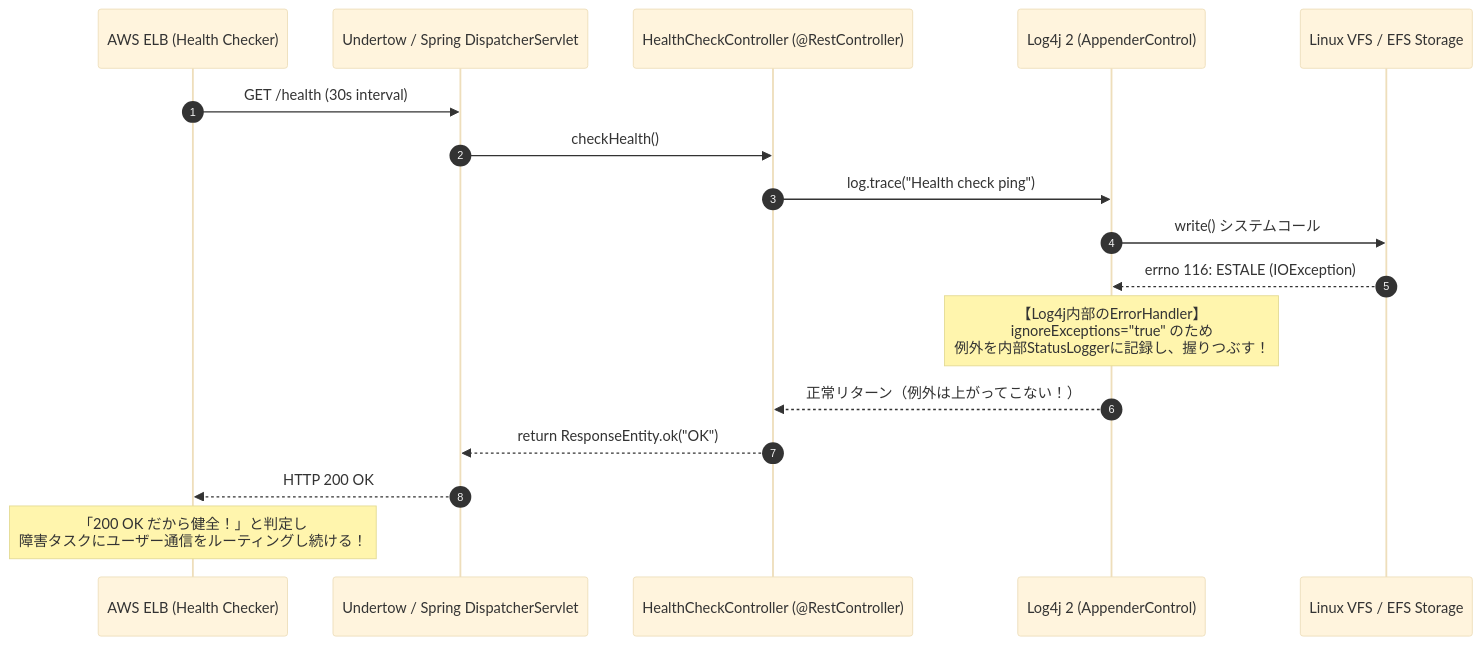
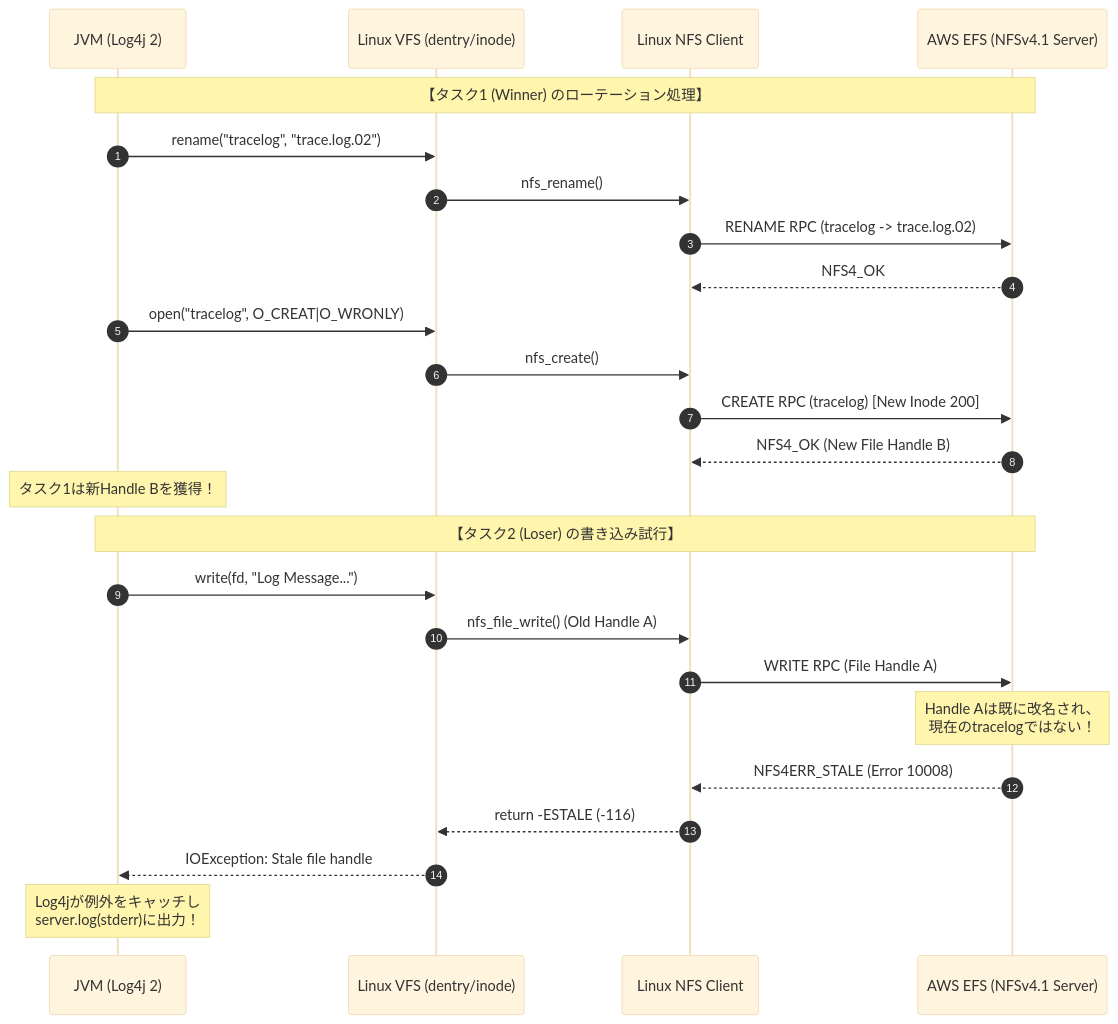
The first of 4 diagrams in EFS_Log_Stale_File_Handle_Comprehensive_Whitepaper.md (ProjectRubyRing/Log_Stale_Handle_Agy), drawn with Mermaid (base theme) before and after one commit. The commit also changed other lines of this file and 3 other files, not shown here.

````diff
--- a/EFS_Log_Stale_File_Handle_Comprehensive_Whitepaper.md
+++ b/EFS_Log_Stale_File_Handle_Comprehensive_Whitepaper.md
@@ -302,20 +257,29 @@
 ```mermaid
 sequenceDiagram
     autonumber
-    participant ELB as AWS ELB (Health Checker)
-    participant Tomcat as Undertow / Spring DispatcherServlet
-    participant Controller as HealthCheckController (@RestController)
-    participant Log4j as Log4j 2 (AppenderControl)
-    participant EFS as Linux VFS / EFS Storage
+    participant JVM as JVM (Log4j 2)
+    participant VFS as Linux VFS (dentry/inode)
+    participant NFS as Linux NFS Client
+    participant EFS as AWS EFS (NFSv4.1 Server)
 
-    ELB->>Tomcat: GET /health (30s interval)
-    Tomcat->>Controller: checkHealth()
-    Controller->>Log4j: log.trace("Health check ping")
-    Log4j->>EFS: write() システムコール
-    EFS-->>Log4j: errno 116: ESTALE (IOException)
-    Note over Log4j: 【Log4j内部のErrorHandler】<br/>ignoreExceptions="true" のため<br/>例外を内部StatusLoggerに記録し、握りつぶす！
-    Log4j-->>Controller: 正常リターン（例外は上がってこない！）
-    Controller-->>Tomcat: return ResponseEntity.ok("OK")
-    Tomcat-->>ELB: HTTP 200 OK
-    Note over ELB: 「200 OK だから健全！」と判定し<br/>障害タスクにユーザー通信をルーティングし続ける！
+    Note over JVM,EFS: 【タスク1 (Winner) のローテーション処理】
+    JVM->>VFS: rename("tracelog", "trace.log.02")
+    VFS->>NFS: nfs_rename()
+    NFS->>EFS: RENAME RPC (tracelog -> trace.log.02)
+    EFS-->>NFS: NFS4_OK
+    JVM->>VFS: open("tracelog", O_CREAT|O_WRONLY)
+    VFS->>NFS: nfs_create()
+    NFS->>EFS: CREATE RPC (tracelog) [New Inode 200]
+    EFS-->>NFS: NFS4_OK (New File Handle B)
+    Note over JVM: タスク1は新Handle Bを獲得！
+
+    Note over JVM,EFS: 【タスク2 (Loser) の書き込み試行】
+    JVM->>VFS: write(fd, "Log Message...")
+    VFS->>NFS: nfs_file_write() (Old Handle A)
+    NFS->>EFS: WRITE RPC (File Handle A)
+    Note over EFS: Handle Aは既に改名され、<br/>現在のtracelogではない！
+    EFS-->>NFS: NFS4ERR_STALE (Error 10008)
+    NFS-->>VFS: return -ESTALE (-116)
+    VFS-->>JVM: IOException: Stale file handle
+    Note over JVM: Log4jが例外をキャッチし<br/>server.log(stderr)に出力！
 ```
````
